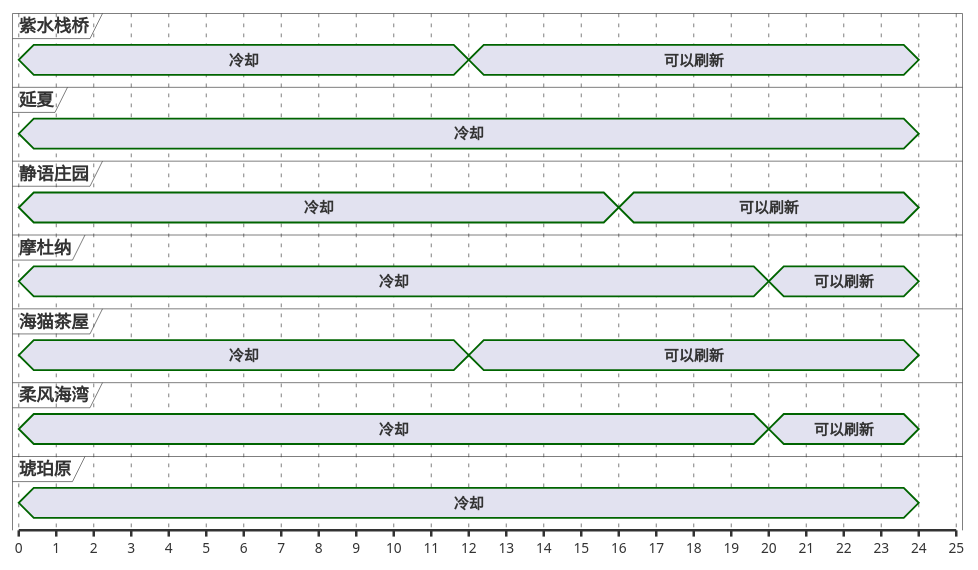
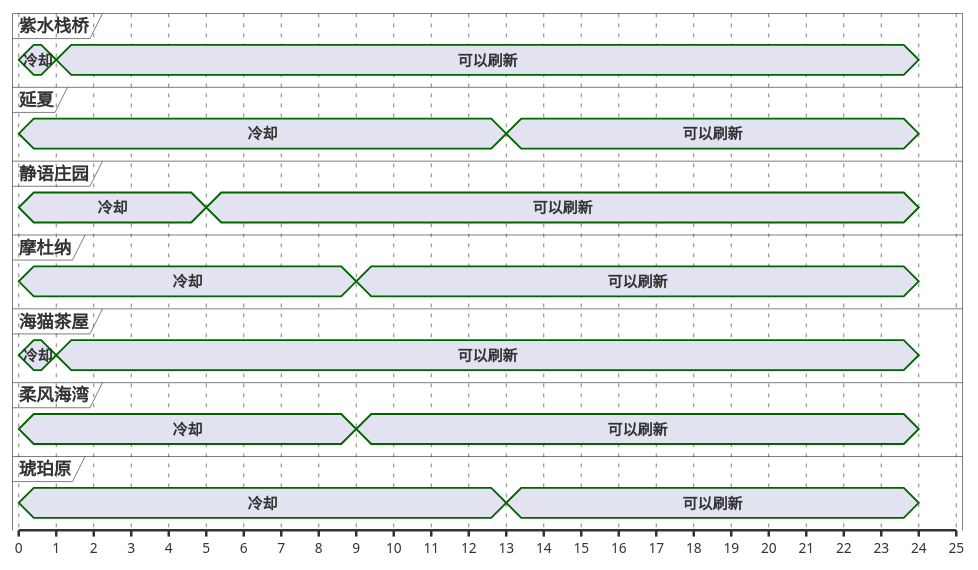
One commit to Eroleice/doc-pi changed the third of 13 diagrams in ffxiv/hunt/2.0/Safat.md. Above: the diagram before and after it, drawn with PlantUML. The commit also changed other lines of this file and 38 other files, not shown here.

````diff
--- a/ffxiv/hunt/2.0/Safat.md
+++ b/ffxiv/hunt/2.0/Safat.md
@@ -149,47 +149,49 @@
 ```plantuml
 @startuml
 scale 1 as 30 pixels
 
 concise 紫水栈桥
 concise 延夏
 concise 静语庄园
 concise 摩杜纳
 concise 海猫茶屋
 concise 柔风海湾
 concise 琥珀原
 
 @紫水栈桥
 0 is 冷却
-12 is 可以刷新
+1 is 可以刷新
 24 is {hidden}
 
 @海猫茶屋
 0 is 冷却
-12 is 可以刷新
+1 is 可以刷新
 24 is {hidden}
 
 @静语庄园
 0 is 冷却
-16 is 可以刷新
+5 is 可以刷新
 24 is {hidden}
 
 @摩杜纳
 0 is 冷却
-20 is 可以刷新
+9 is 可以刷新
 24 is {hidden}
 
 @柔风海湾
 0 is 冷却
-20 is 可以刷新
+9 is 可以刷新
 24 is {hidden}
 
 @琥珀原
 0 is 冷却
+13 is 可以刷新
 24 is {hidden}
 
 @延夏
 0 is 冷却
+13 is 可以刷新
 24 is {hidden}
 
 @enduml
 ```
````
